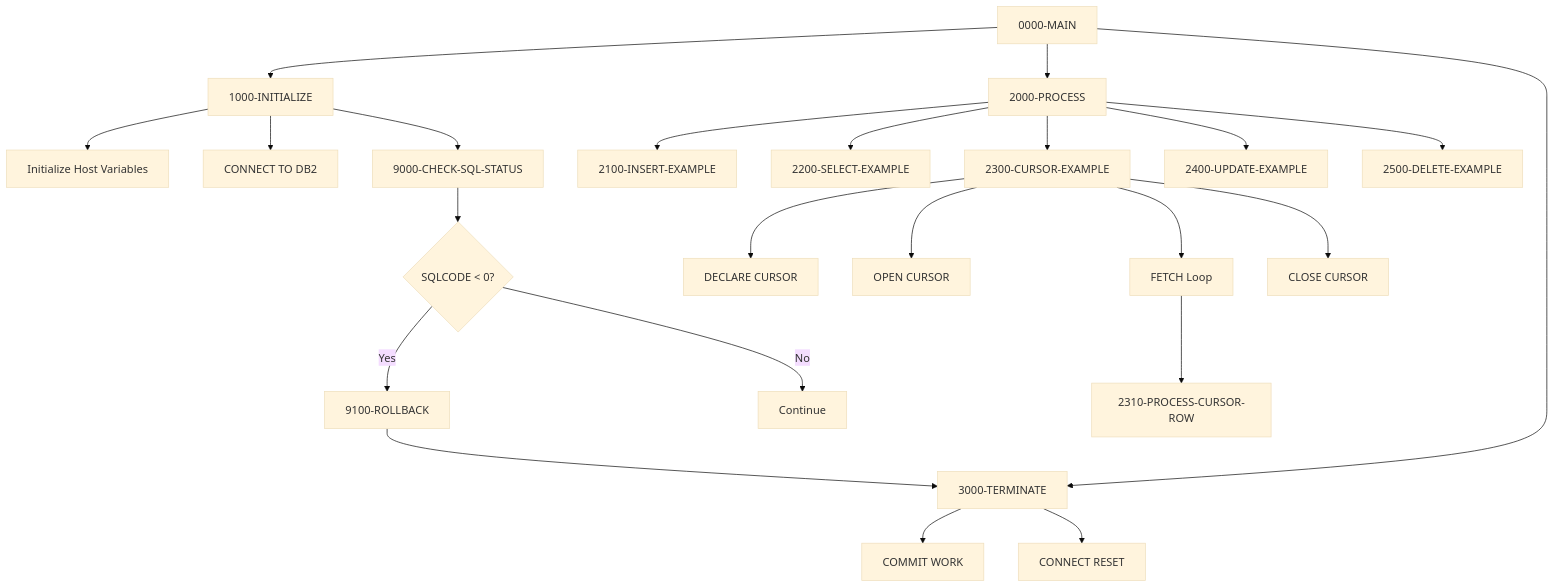
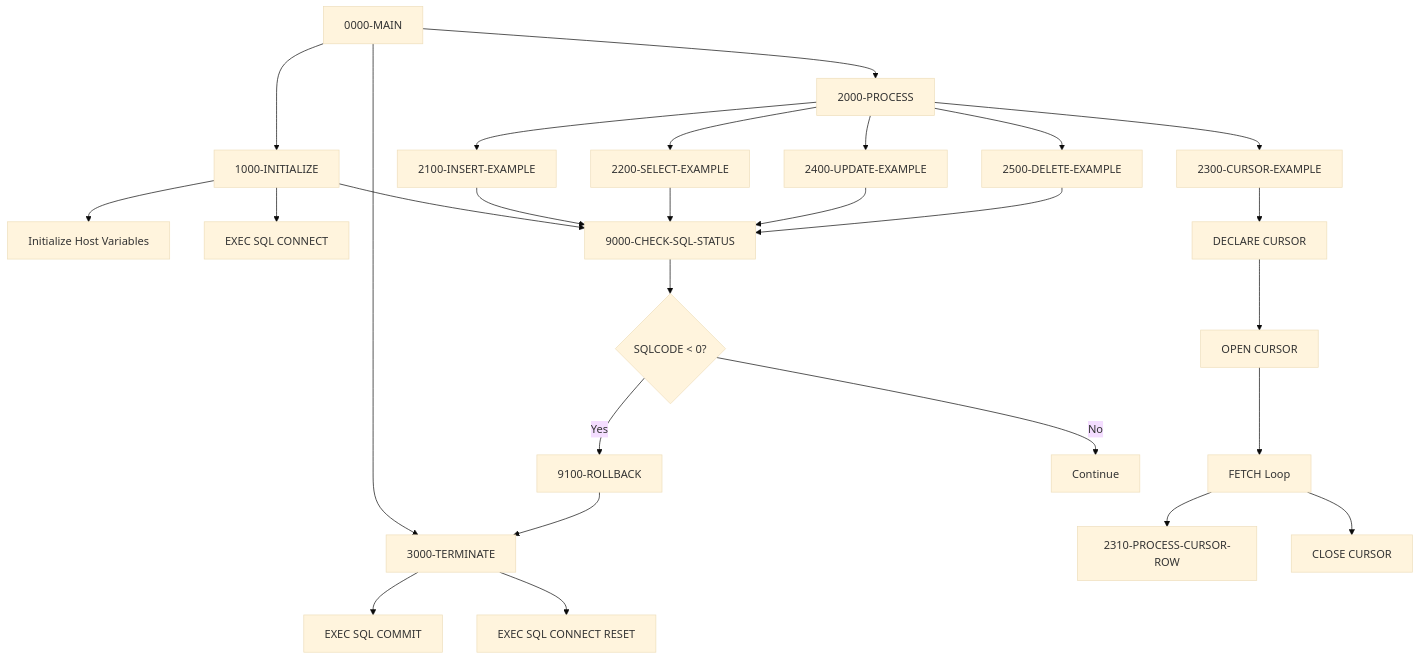
The diagram in docs/programs/DB2-HANDLING.mdx (haladir-com/legacy-benchmark-docs-vb70e1), drawn with Mermaid (base theme) before and after one commit. The commit also changed other lines of this file and 63 other files, not shown here.

````diff
--- a/docs/programs/DB2-HANDLING.mdx
+++ b/docs/programs/DB2-HANDLING.mdx
@@ -26,30 +24,35 @@
 ```mermaid
 graph TD
     A[0000-MAIN] --> B[1000-INITIALIZE]
     A --> C[2000-PROCESS]
     A --> D[3000-TERMINATE]
     
     B --> B1[Initialize Host Variables]
-    B --> B2[CONNECT TO DB2]
+    B --> B2[EXEC SQL CONNECT]
     B --> B3[9000-CHECK-SQL-STATUS]
     
     C --> C1[2100-INSERT-EXAMPLE]
     C --> C2[2200-SELECT-EXAMPLE]
     C --> C3[2300-CURSOR-EXAMPLE]
     C --> C4[2400-UPDATE-EXAMPLE]
     C --> C5[2500-DELETE-EXAMPLE]
     
+    C1 --> B3
+    C2 --> B3
+    C4 --> B3
+    C5 --> B3
+    
     C3 --> C3A[DECLARE CURSOR]
-    C3 --> C3B[OPEN CURSOR]
-    C3 --> C3C[FETCH Loop]
+    C3A --> C3B[OPEN CURSOR]
+    C3B --> C3C[FETCH Loop]
     C3C --> C3D[2310-PROCESS-CURSOR-ROW]
-    C3 --> C3E[CLOSE CURSOR]
+    C3C --> C3E[CLOSE CURSOR]
     
-    D --> D1[COMMIT WORK]
-    D --> D2[CONNECT RESET]
+    D --> D1[EXEC SQL COMMIT]
+    D --> D2[EXEC SQL CONNECT RESET]
     
     B3 --> E{SQLCODE < 0?}
     E -->|Yes| F[9100-ROLLBACK]
     F --> D
     E -->|No| G[Continue]
 ```
````
